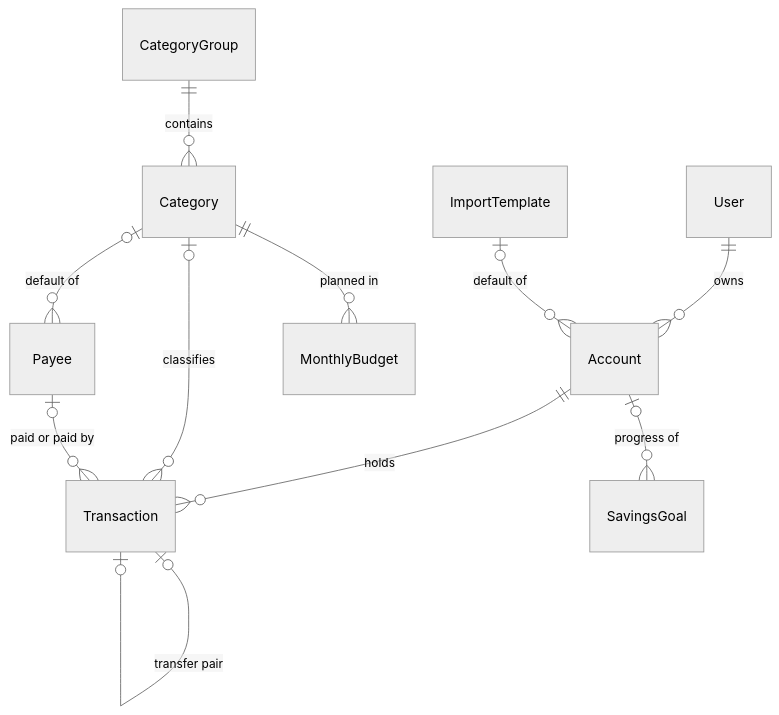
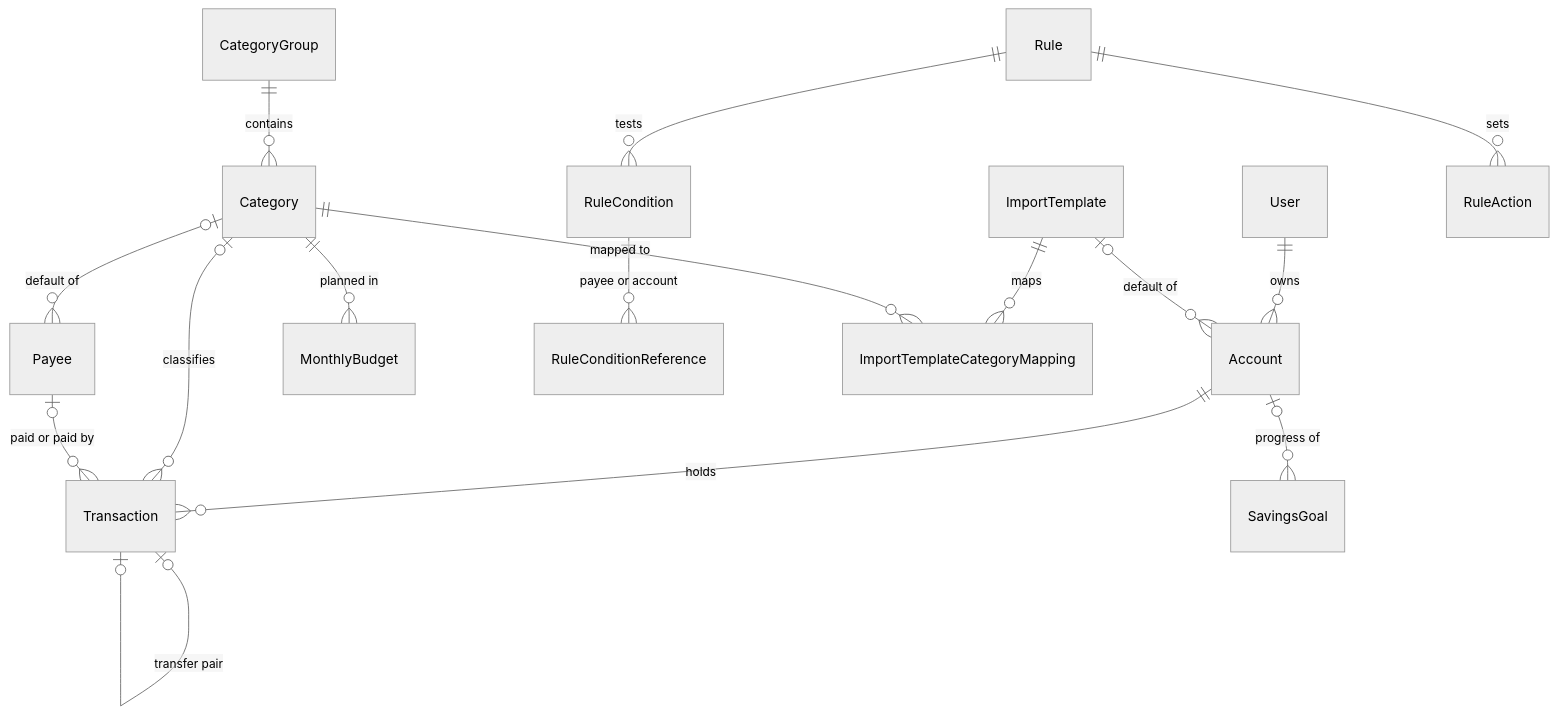
Before and after one commit to fabogit/finances-dashboard: the diagram in documents/domain/data-model.md, drawn with Mermaid (neutral theme). The commit also changed other lines of this file and 5 other files, not shown here.

````diff
--- a/documents/domain/data-model.md
+++ b/documents/domain/data-model.md
@@ -21,13 +21,18 @@
 ```mermaid
 erDiagram
     User ||--o{ Account : owns
     Account ||--o{ Transaction : holds
     Transaction |o--o| Transaction : "transfer pair"
     CategoryGroup ||--o{ Category : contains
     Category |o--o{ Transaction : classifies
     Payee |o--o{ Transaction : "paid or paid by"
     Category |o--o{ Payee : "default of"
     Category ||--o{ MonthlyBudget : "planned in"
     Account |o--o{ SavingsGoal : "progress of"
     ImportTemplate |o--o{ Account : "default of"
+    Rule ||--o{ RuleCondition : tests
+    RuleCondition ||--o{ RuleConditionReference : "payee or account"
+    Rule ||--o{ RuleAction : sets
+    ImportTemplate ||--o{ ImportTemplateCategoryMapping : maps
+    Category ||--o{ ImportTemplateCategoryMapping : "mapped to"
 ```
````
